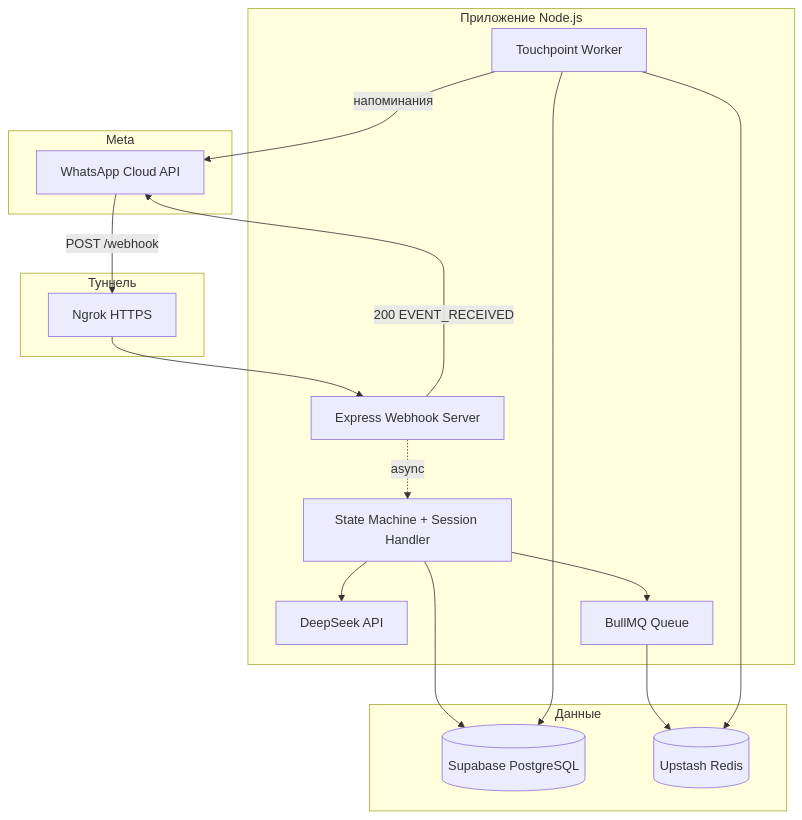
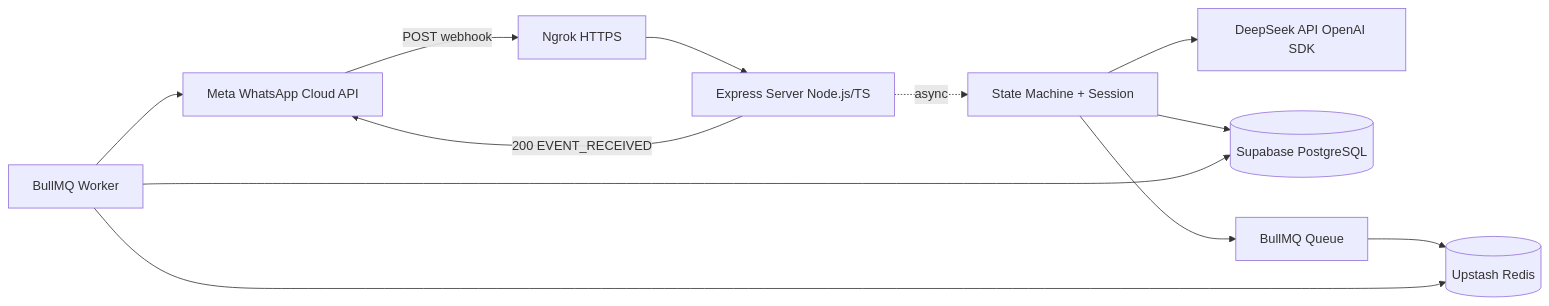
The diagram in README.md (IgorMirkhanov/WhatsApp-AI-Bot), drawn with Mermaid before and after one commit. The commit also changed other lines of this file and 1 other file, not shown here.

Commit message:
feat: integrate WhatsApp Cloud API webhook layer, DeepSeek-v4-flash AI engine, and Upstash Redis BullMQ worker

````diff
--- a/README.md
+++ b/README.md
@@ -23,32 +22,14 @@
 ```mermaid
-flowchart TB
-  subgraph meta [Meta]
-    WA[WhatsApp Cloud API]
-  end
-  subgraph tunnel [Туннель]
-    NG[Ngrok HTTPS]
-  end
-  subgraph app [Приложение Node.js]
-    EX[Express Webhook Server]
-    SM[State Machine + Session Handler]
-    AI[DeepSeek API]
-    Q[BullMQ Queue]
-    W[Touchpoint Worker]
-  end
-  subgraph data [Данные]
-    SB[(Supabase PostgreSQL)]
-    UR[(Upstash Redis)]
-  end
-
-  WA -->|POST /webhook| NG
-  NG --> EX
+flowchart LR
+  WA[Meta WhatsApp Cloud API] -->|POST webhook| NG[Ngrok HTTPS]
+  NG --> EX[Express Server Node.js/TS]
   EX -->|200 EVENT_RECEIVED| WA
-  EX -.->|async| SM
-  SM --> AI
-  SM --> SB
-  SM --> Q
-  Q --> UR
-  W --> UR
-  W -->|напоминания| WA
+  EX -.->|async| SM[State Machine + Session]
+  SM --> DS[DeepSeek API OpenAI SDK]
+  SM --> SB[(Supabase PostgreSQL)]
+  SM --> Q[BullMQ Queue]
+  Q --> UR[(Upstash Redis)]
+  W[BullMQ Worker] --> UR
+  W --> WA
   W --> SB
 ```
````
